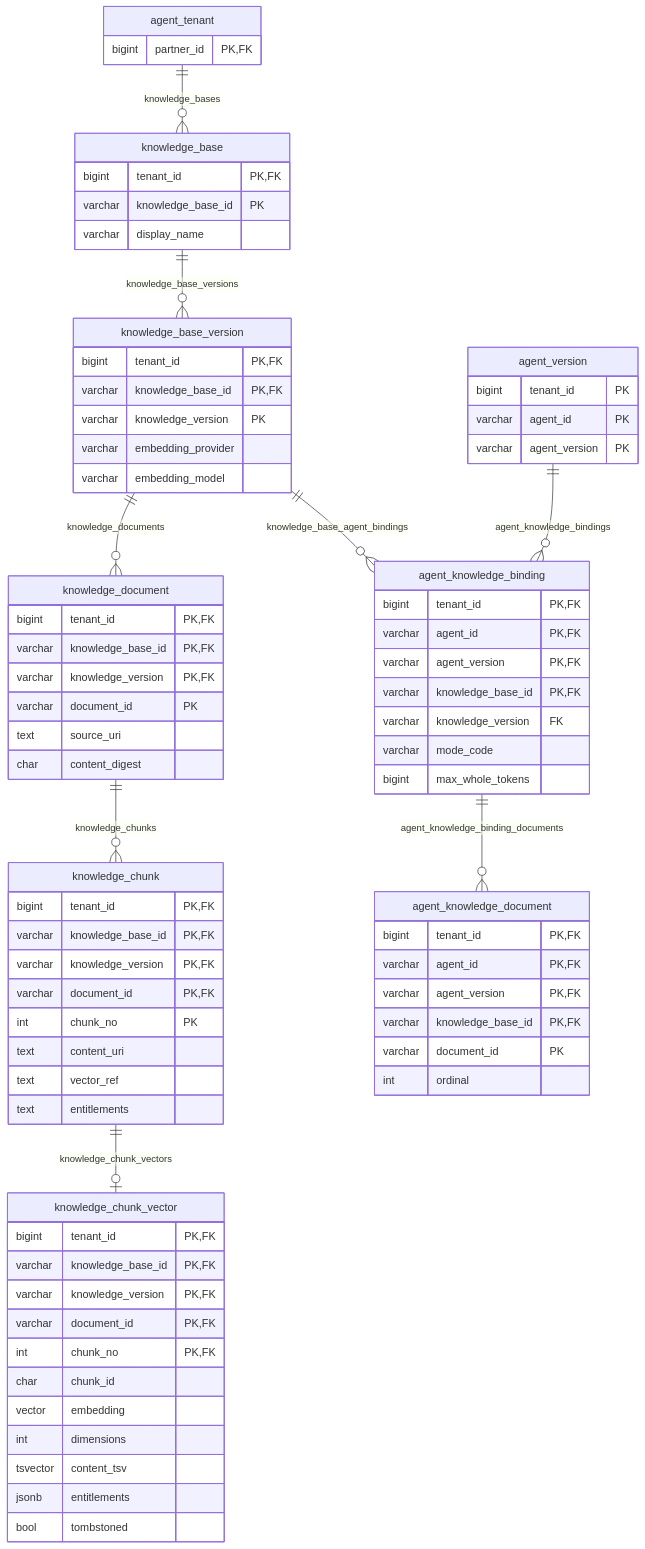
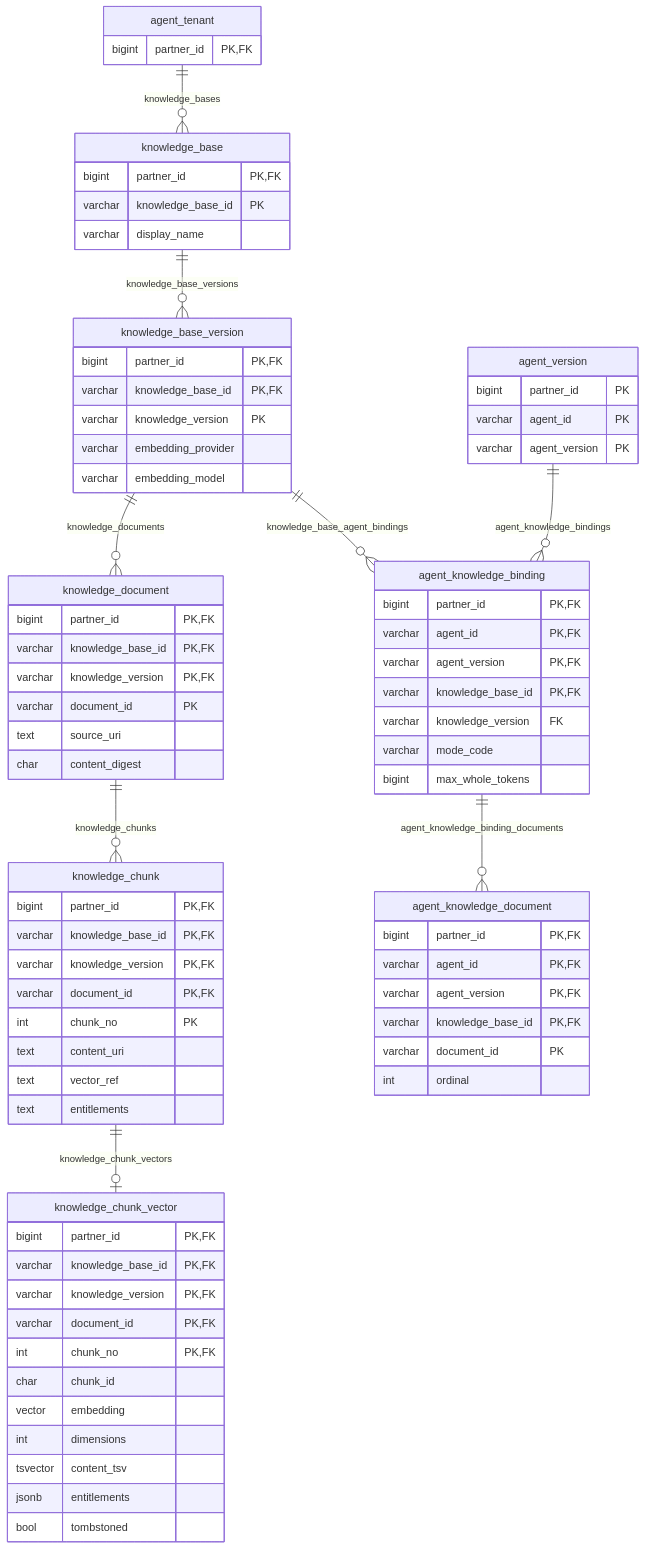
Diagram 12 of 18 in doc/database.md (nauticana/scout), drawn with Mermaid before and after one commit. The commit also changed other lines of this file and 163 other files, not shown here.

Commit message:
Partner-scoped tenant tables, a registration catalog, tenant-aware tool listing

````diff
--- a/doc/database.md
+++ b/doc/database.md
@@ -1082,80 +1083,80 @@
 ```mermaid
 erDiagram
     agent_tenant ||--o{ knowledge_base : knowledge_bases
     knowledge_base ||--o{ knowledge_base_version : knowledge_base_versions
     knowledge_base_version ||--o{ knowledge_document : knowledge_documents
     knowledge_document ||--o{ knowledge_chunk : knowledge_chunks
     knowledge_chunk ||--o| knowledge_chunk_vector : knowledge_chunk_vectors
     agent_version ||--o{ agent_knowledge_binding : agent_knowledge_bindings
     knowledge_base_version ||--o{ agent_knowledge_binding : knowledge_base_agent_bindings
     agent_knowledge_binding ||--o{ agent_knowledge_document : agent_knowledge_binding_documents
 
     agent_tenant {
         bigint partner_id PK,FK
     }
     agent_version {
-        bigint tenant_id PK
+        bigint partner_id PK
         varchar agent_id PK
         varchar agent_version PK
     }
     knowledge_base {
-        bigint tenant_id PK,FK
+        bigint partner_id PK,FK
         varchar knowledge_base_id PK
         varchar display_name
     }
     knowledge_base_version {
-        bigint tenant_id PK,FK
+        bigint partner_id PK,FK
         varchar knowledge_base_id PK,FK
         varchar knowledge_version PK
         varchar embedding_provider
         varchar embedding_model
     }
     knowledge_document {
-        bigint tenant_id PK,FK
+        bigint partner_id PK,FK
         varchar knowledge_base_id PK,FK
         varchar knowledge_version PK,FK
         varchar document_id PK
         text source_uri
         char content_digest
     }
     knowledge_chunk {
-        bigint tenant_id PK,FK
+        bigint partner_id PK,FK
         varchar knowledge_base_id PK,FK
         varchar knowledge_version PK,FK
         varchar document_id PK,FK
         int chunk_no PK
         text content_uri
         text vector_ref
         text entitlements
     }
     knowledge_chunk_vector {
-        bigint tenant_id PK,FK
+        bigint partner_id PK,FK
         varchar knowledge_base_id PK,FK
         varchar knowledge_version PK,FK
         varchar document_id PK,FK
         int chunk_no PK,FK
         char chunk_id
         vector embedding
         int dimensions
         tsvector content_tsv
         jsonb entitlements
         bool tombstoned
     }
     agent_knowledge_binding {
-        bigint tenant_id PK,FK
+        bigint partner_id PK,FK
         varchar agent_id PK,FK
         varchar agent_version PK,FK
         varchar knowledge_base_id PK,FK
         varchar knowledge_version FK
         varchar mode_code
         bigint max_whole_tokens
     }
     agent_knowledge_document {
-        bigint tenant_id PK,FK
+        bigint partner_id PK,FK
         varchar agent_id PK,FK
         varchar agent_version PK,FK
         varchar knowledge_base_id PK,FK
         varchar document_id PK
         int ordinal
     }
 ```
````
